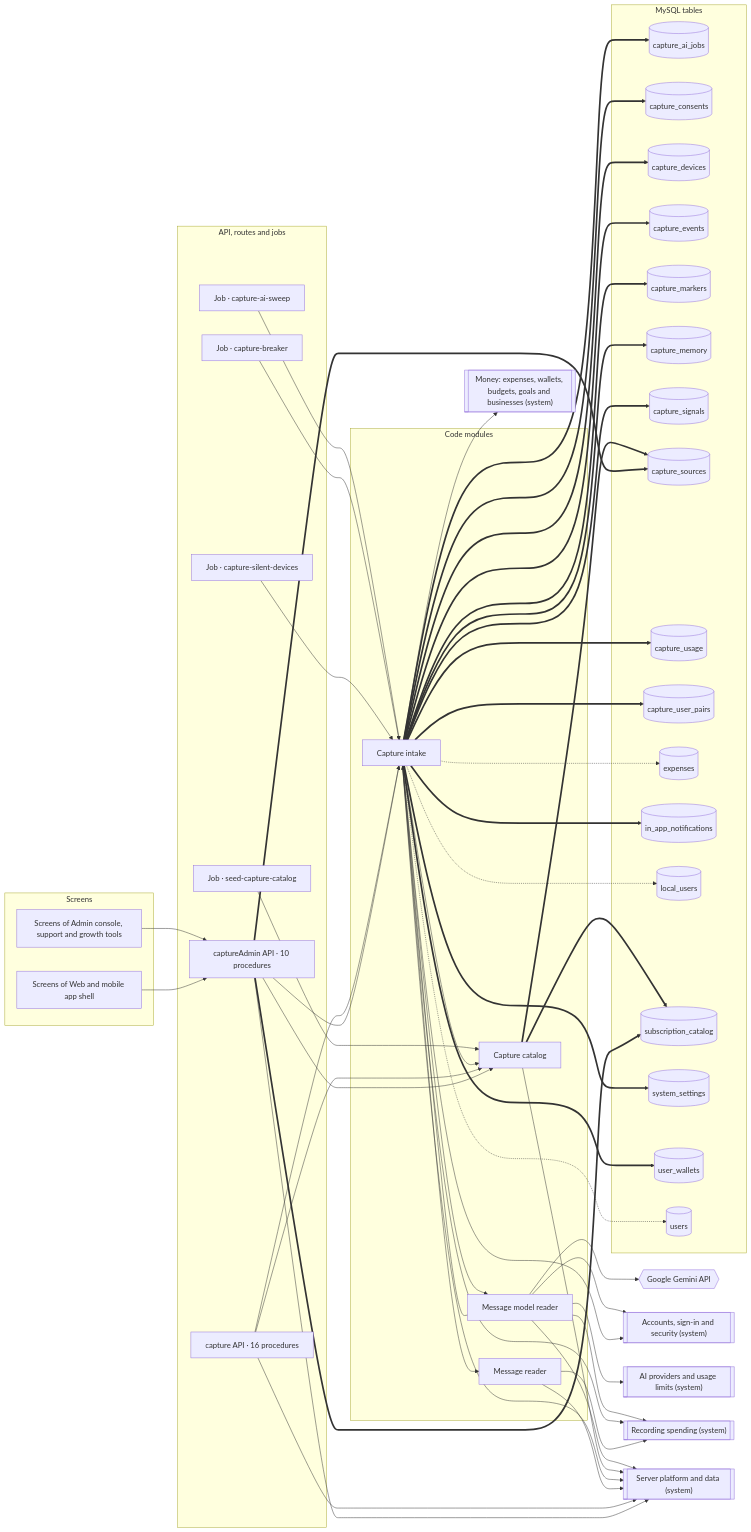
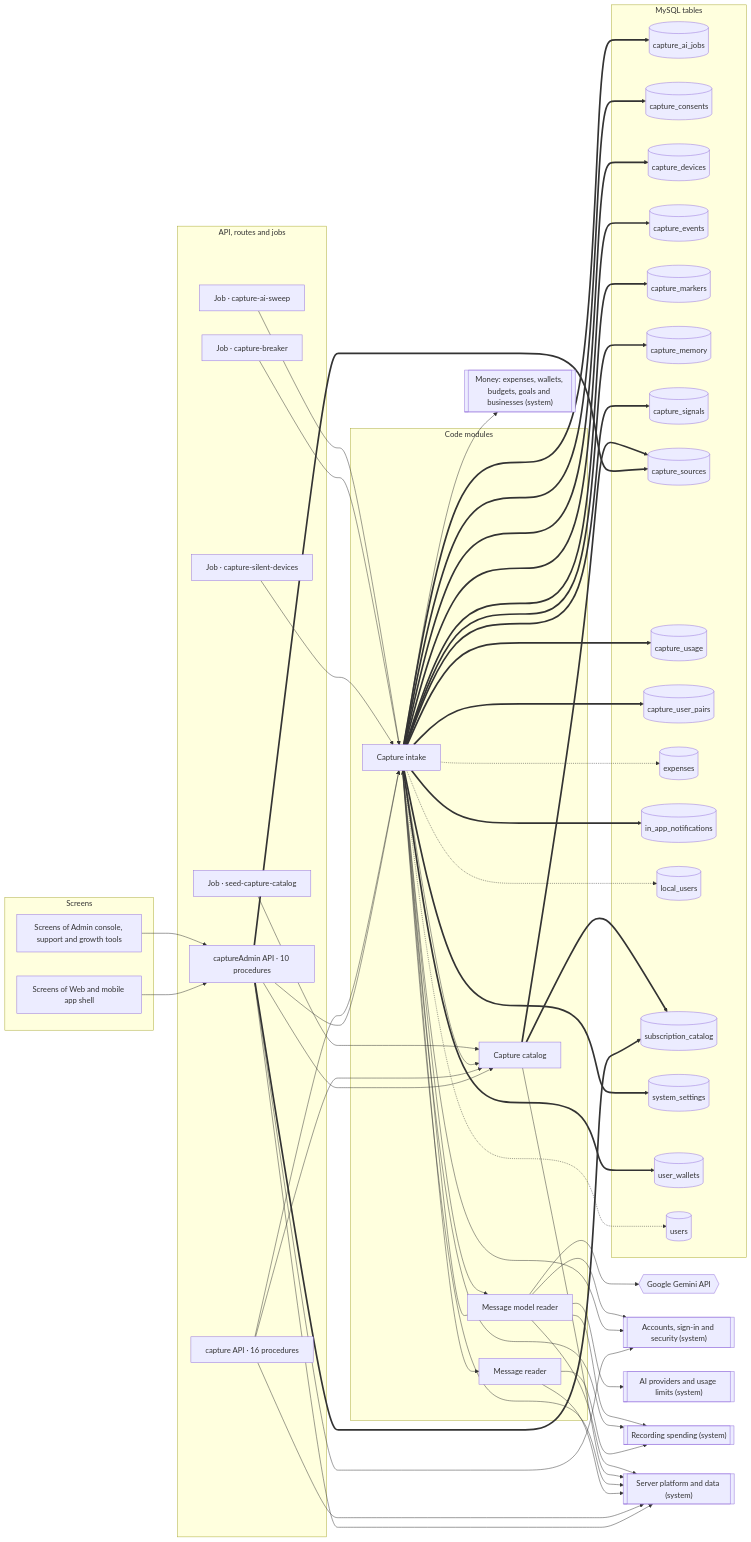
The diagram in docs/atlas/systems/bank-messages.md (mahmoudtaherr111/smartspend_mini_all), drawn with Mermaid before and after one commit. The commit also changed 227 other files, not shown here.

```diff
--- a/docs/atlas/systems/bank-messages.md
+++ b/docs/atlas/systems/bank-messages.md
@@ -97,6 +97,7 @@
   router_capture --> sys_platform
   router_captureAdmin --> mod_capture_catalog
   router_captureAdmin --> mod_capture_intake
+  router_captureAdmin --> sys_accounts
   router_captureAdmin --> sys_platform
   router_captureAdmin ==> tbl_capture_sources
   router_captureAdmin ==> tbl_subscription_catalog
```
